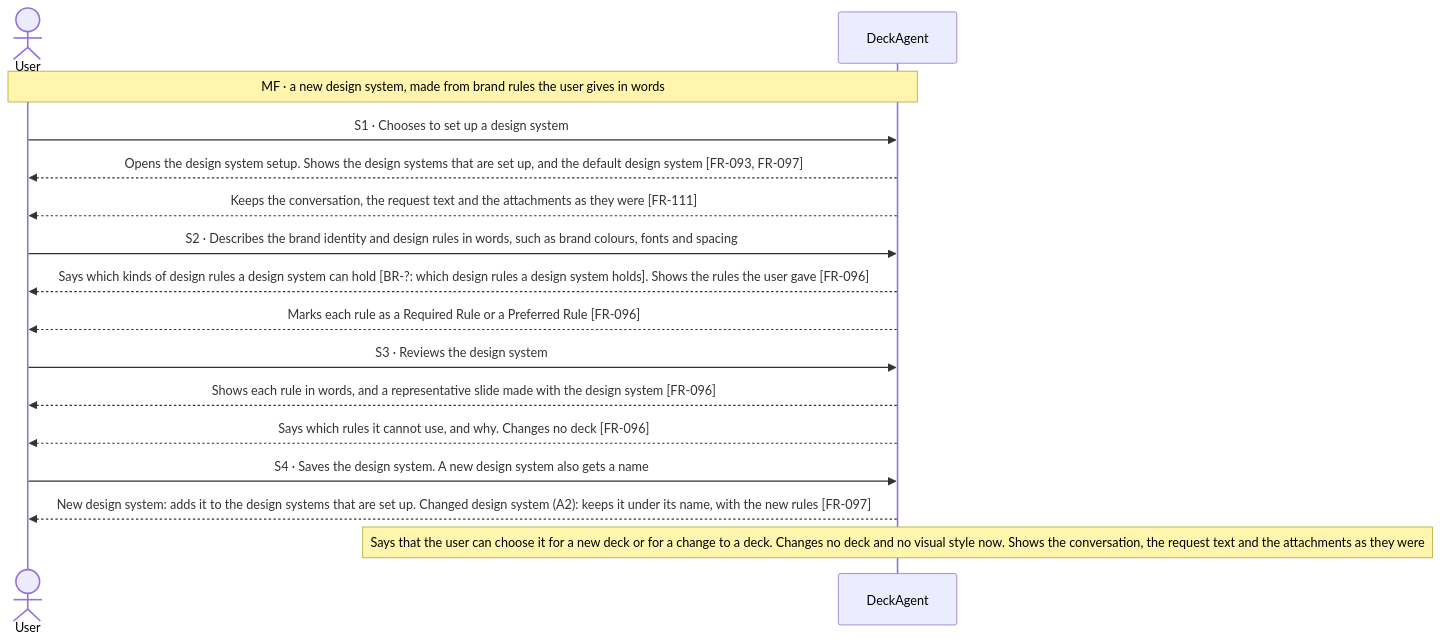
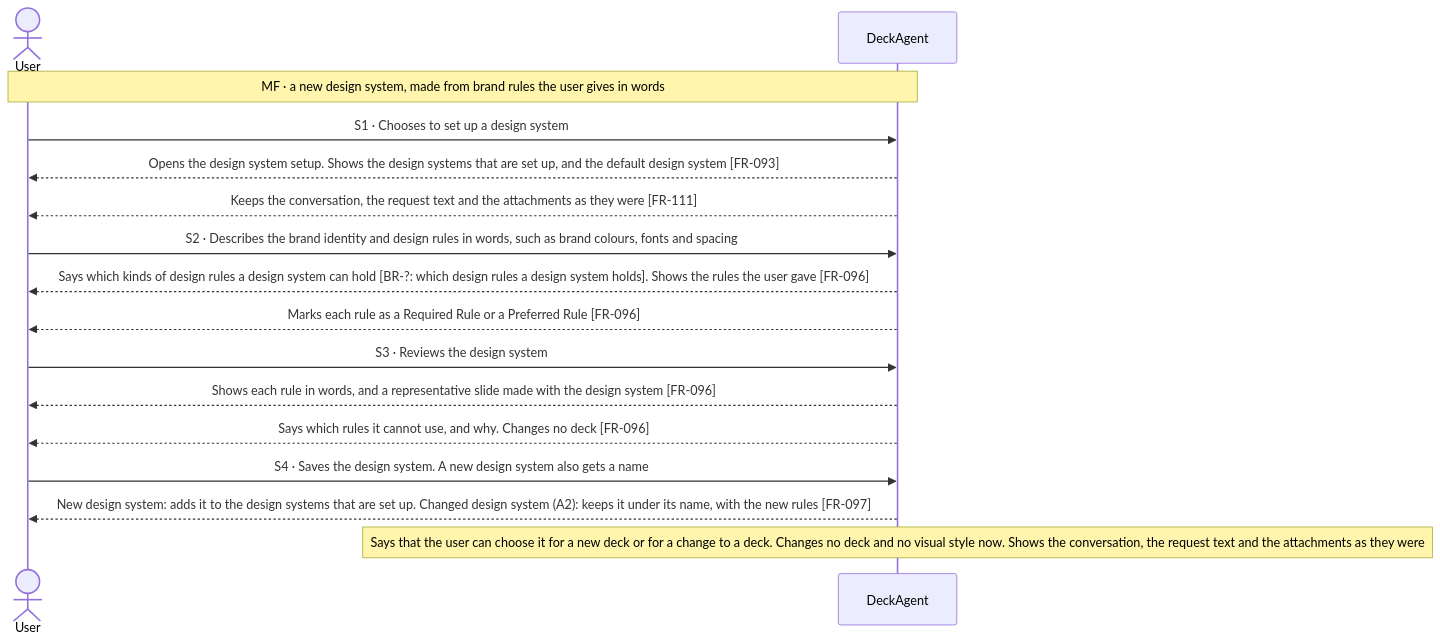
The first of 8 diagrams in docs/spec/03-use-cases/UC-010.md (Luke23127006/DeckAgent), drawn with Mermaid before and after one commit. The commit also changed 10 other files, not shown here.

````diff
--- a/docs/spec/03-use-cases/UC-010.md
+++ b/docs/spec/03-use-cases/UC-010.md
@@ -41,18 +41,18 @@
 ```mermaid
 sequenceDiagram
     actor User
     participant DeckAgent
     Note over User,DeckAgent: MF · a new design system, made from brand rules the user gives in words
     User->>DeckAgent: S1 · Chooses to set up a design system
-    DeckAgent-->>User: Opens the design system setup. Shows the design systems that are set up, and the default design system [FR-093, FR-097]
+    DeckAgent-->>User: Opens the design system setup. Shows the design systems that are set up, and the default design system [FR-093]
     DeckAgent-->>User: Keeps the conversation, the request text and the attachments as they were [FR-111]
     User->>DeckAgent: S2 · Describes the brand identity and design rules in words, such as brand colours, fonts and spacing
     DeckAgent-->>User: Says which kinds of design rules a design system can hold [BR-?: which design rules a design system holds]. Shows the rules the user gave [FR-096]
     DeckAgent-->>User: Marks each rule as a Required Rule or a Preferred Rule [FR-096]
     User->>DeckAgent: S3 · Reviews the design system
     DeckAgent-->>User: Shows each rule in words, and a representative slide made with the design system [FR-096]
     DeckAgent-->>User: Says which rules it cannot use, and why. Changes no deck [FR-096]
     User->>DeckAgent: S4 · Saves the design system. A new design system also gets a name
     DeckAgent-->>User: New design system: adds it to the design systems that are set up. Changed design system (A2): keeps it under its name, with the new rules [FR-097]
     note over DeckAgent: Says that the user can choose it for a new deck or for a change to a deck. Changes no deck and no visual style now. Shows the conversation, the request text and the attachments as they were
 ```
````
